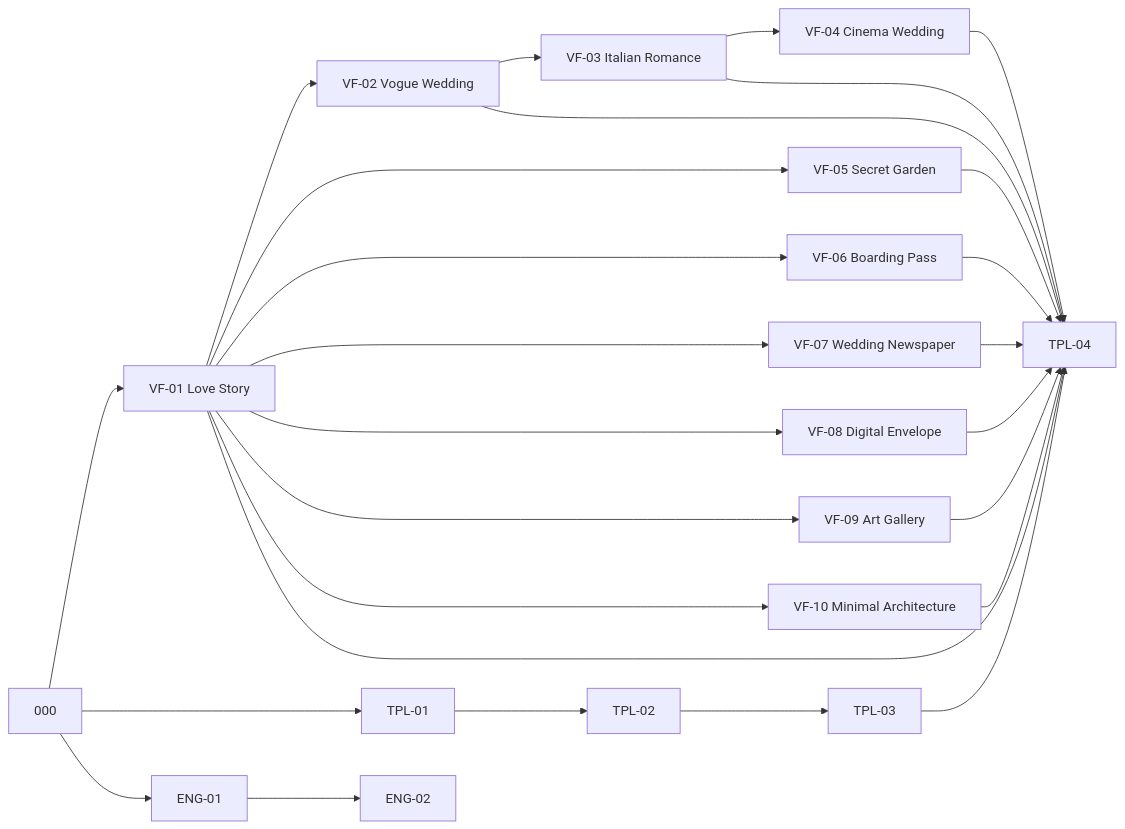
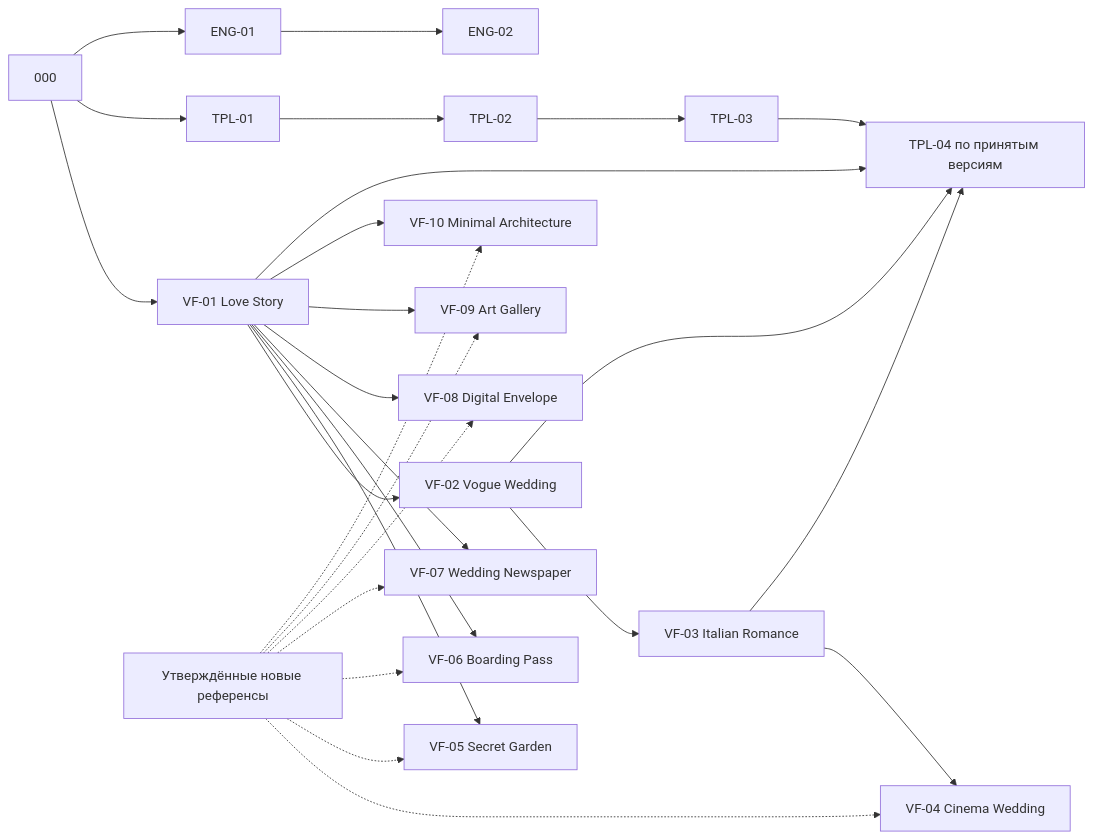
The first of 4 diagrams in docs/architecture/EVENTIQ-4.1-MASTER-PLAN.md (akkunov/invito), drawn with Mermaid before and after one commit. The commit also changed other lines of this file and 12 other files, not shown here.

````diff
--- a/docs/architecture/EVENTIQ-4.1-MASTER-PLAN.md
+++ b/docs/architecture/EVENTIQ-4.1-MASTER-PLAN.md
@@ -44,46 +52,47 @@
 ```mermaid
 flowchart LR
   T000["000"]
   TVF_01["VF-01 Love Story"]
   TVF_02["VF-02 Vogue Wedding"]
   TVF_03["VF-03 Italian Romance"]
   TVF_04["VF-04 Cinema Wedding"]
   TVF_05["VF-05 Secret Garden"]
   TVF_06["VF-06 Boarding Pass"]
   TVF_07["VF-07 Wedding Newspaper"]
   TVF_08["VF-08 Digital Envelope"]
   TVF_09["VF-09 Art Gallery"]
   TVF_10["VF-10 Minimal Architecture"]
   TTPL_01["TPL-01"]
   TTPL_02["TPL-02"]
   TTPL_03["TPL-03"]
-  TTPL_04["TPL-04"]
+  TTPL_04["TPL-04 по принятым версиям"]
   TENG_01["ENG-01"]
   TENG_02["ENG-02"]
   T000 --> TVF_01
   TVF_01 --> TVF_02
   TVF_02 --> TVF_03
+  TREF["Утверждённые новые референсы"]
+  TREF -.-> TVF_04
   TVF_03 --> TVF_04
+  TREF -.-> TVF_05
   TVF_01 --> TVF_05
+  TREF -.-> TVF_06
   TVF_01 --> TVF_06
+  TREF -.-> TVF_07
   TVF_01 --> TVF_07
+  TREF -.-> TVF_08
   TVF_01 --> TVF_08
+  TREF -.-> TVF_09
   TVF_01 --> TVF_09
+  TREF -.-> TVF_10
   TVF_01 --> TVF_10
   T000 --> TTPL_01
   TTPL_01 --> TTPL_02
   TTPL_02 --> TTPL_03
   TTPL_03 --> TTPL_04
   TVF_01 --> TTPL_04
   TVF_02 --> TTPL_04
   TVF_03 --> TTPL_04
-  TVF_04 --> TTPL_04
-  TVF_05 --> TTPL_04
-  TVF_06 --> TTPL_04
-  TVF_07 --> TTPL_04
-  TVF_08 --> TTPL_04
-  TVF_09 --> TTPL_04
-  TVF_10 --> TTPL_04
   T000 --> TENG_01
   TENG_01 --> TENG_02
 ```
````
